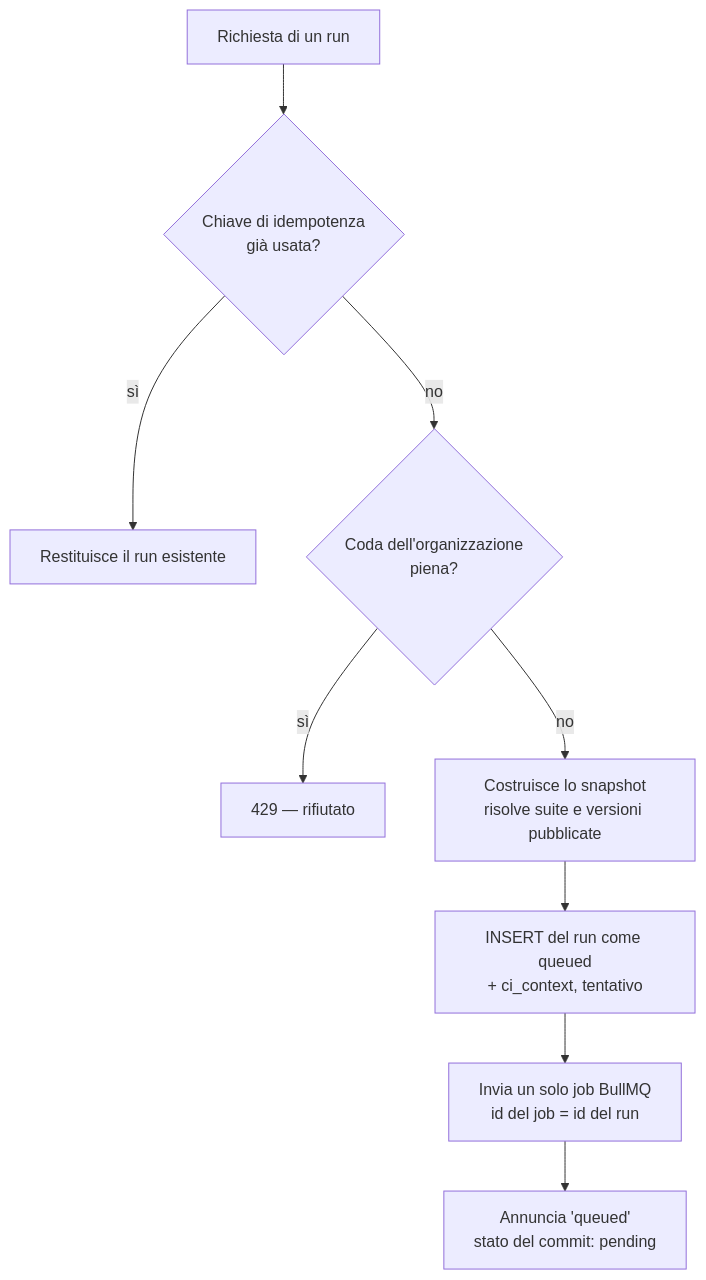
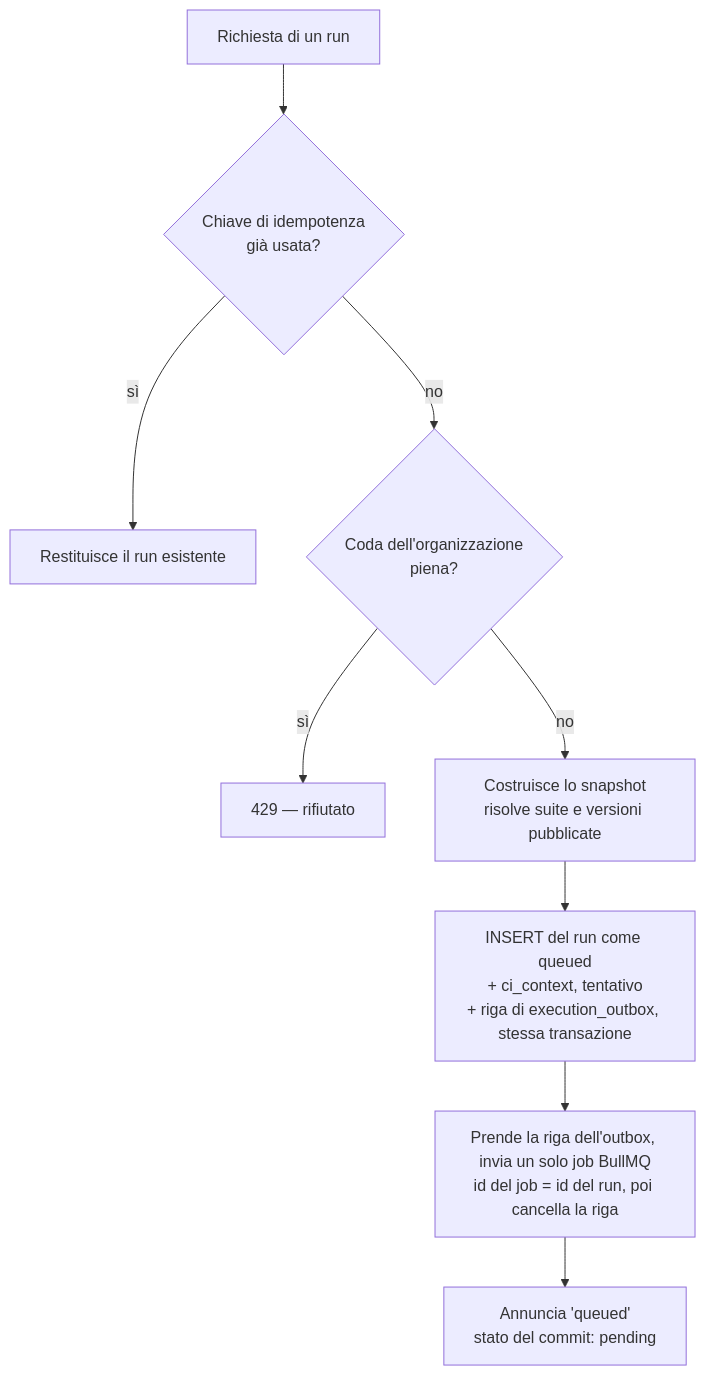
One commit to Markg981/WebFlowMaster changed the first of 2 diagrams in docs/it/internals/execution.md. Above: the diagram before and after it, drawn with Mermaid. The commit also changed other lines of this file and 13 other files, not shown here.

First line of the commit message:
fix(execution): publish run jobs through a transactional outbox

````diff
--- a/docs/it/internals/execution.md
+++ b/docs/it/internals/execution.md
@@ -44,11 +44,11 @@
 ```mermaid
 flowchart TD
   A[Richiesta di un run] --> K{Chiave di idempotenza<br/>già usata?}
   K -- sì --> R[Restituisce il run esistente]
   K -- no --> Q{Coda dell'organizzazione<br/>piena?}
   Q -- sì --> E[429 — rifiutato]
   Q -- no --> S[Costruisce lo snapshot<br/>risolve suite e versioni pubblicate]
-  S --> I[INSERT del run come queued<br/>+ ci_context, tentativo]
-  I --> J[Invia un solo job BullMQ<br/>id del job = id del run]
+  S --> I[INSERT del run come queued<br/>+ ci_context, tentativo<br/>+ riga di execution_outbox, stessa transazione]
+  I --> J[Prende la riga dell'outbox, invia un solo job BullMQ<br/>id del job = id del run, poi cancella la riga]
   J --> N[Annuncia 'queued'<br/>stato del commit: pending]
 ```
````
